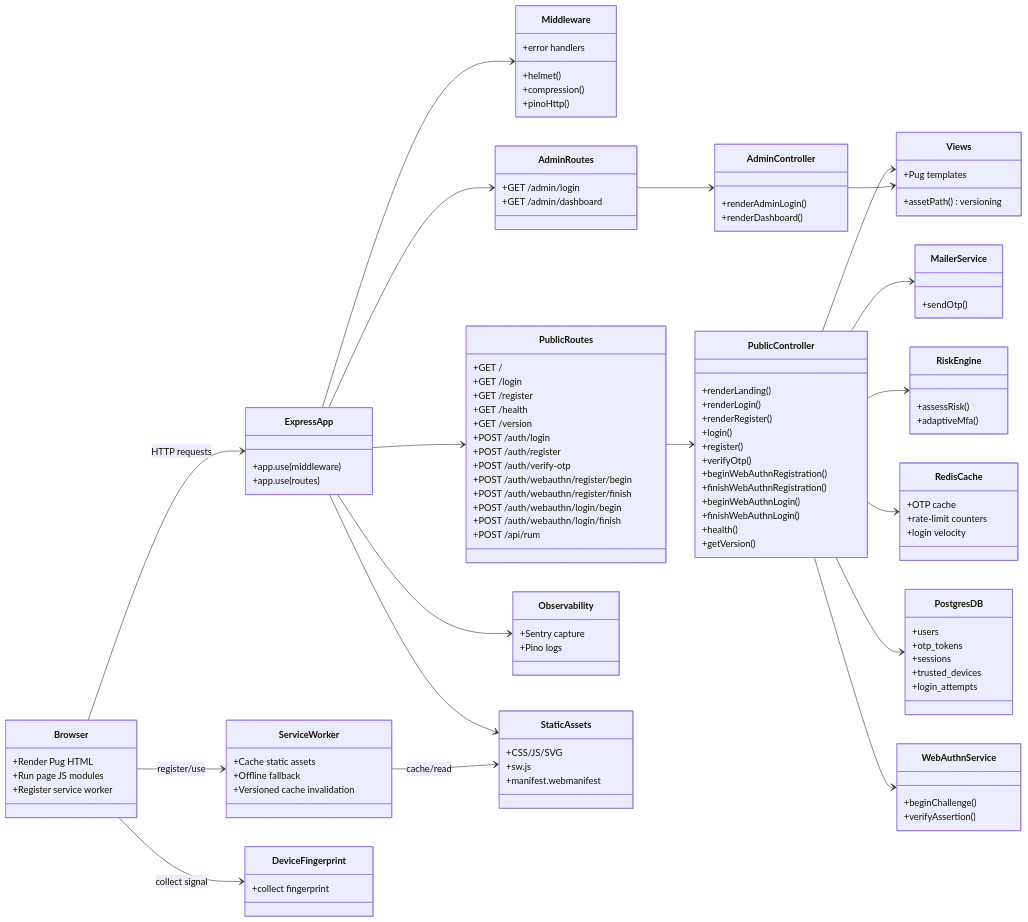
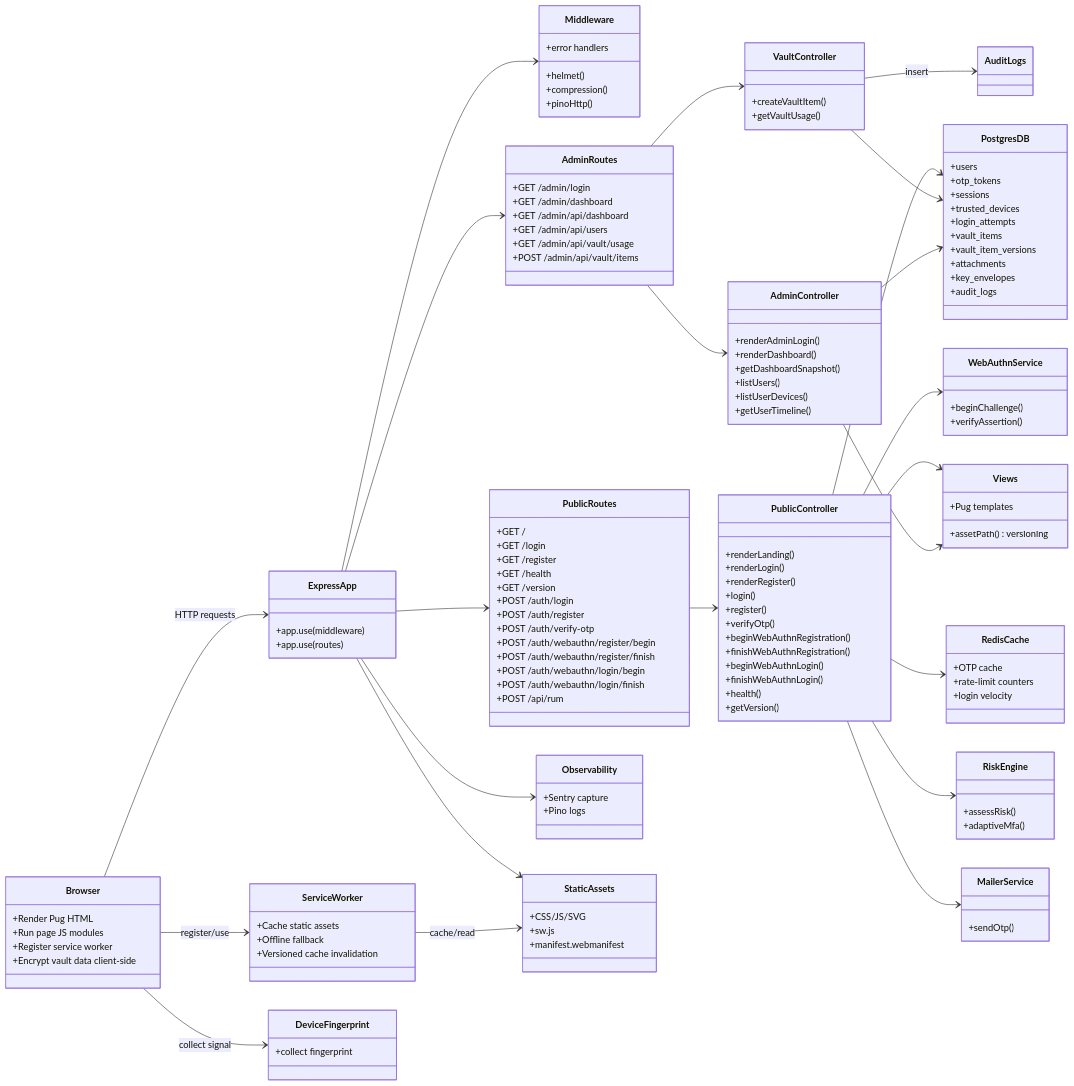
Before and after one commit to CEPHAS20K/SSR-Secure-login-framework: the first of 2 diagrams in README.md, drawn with Mermaid. The commit also changed other lines of this file and 16 other files, not shown here.

Commit message:
feat: add vault quotas, admin vault metrics, and UML updates

```diff
--- a/README.md
+++ b/README.md
@@ -26,6 +26,7 @@
   +Render Pug HTML
   +Run page JS modules
   +Register service worker
+  +Encrypt vault data client-side
 }
 
 class ServiceWorker {
@@ -65,6 +66,10 @@
 class AdminRoutes {
   +GET /admin/login
   +GET /admin/dashboard
+  +GET /admin/api/dashboard
+  +GET /admin/api/users
+  +GET /admin/api/vault/usage
+  +POST /admin/api/vault/items
 }
 
 class PublicController {
@@ -85,6 +90,15 @@
 class AdminController {
   +renderAdminLogin()
   +renderDashboard()
+  +getDashboardSnapshot()
+  +listUsers()
+  +listUserDevices()
+  +getUserTimeline()
+}
+
+class VaultController {
+  +createVaultItem()
+  +getVaultUsage()
 }
 
 class MailerService {
@@ -108,6 +122,11 @@
   +sessions
   +trusted_devices
   +login_attempts
+  +vault_items
+  +vault_item_versions
+  +attachments
+  +key_envelopes
+  +audit_logs
 }
 
 class WebAuthnService {
@@ -143,6 +162,7 @@
 ExpressApp --> AdminRoutes
 PublicRoutes --> PublicController
 AdminRoutes --> AdminController
+AdminRoutes --> VaultController
 PublicController --> Views
 AdminController --> Views
 PublicController --> MailerService
@@ -150,6 +170,9 @@
 PublicController --> RedisCache
 PublicController --> PostgresDB
 PublicController --> WebAuthnService
+VaultController --> PostgresDB
+VaultController --> AuditLogs : insert
+AdminController --> PostgresDB
 ExpressApp --> StaticAssets
 ExpressApp --> Observability
 ServiceWorker --> StaticAssets : cache/read
```
